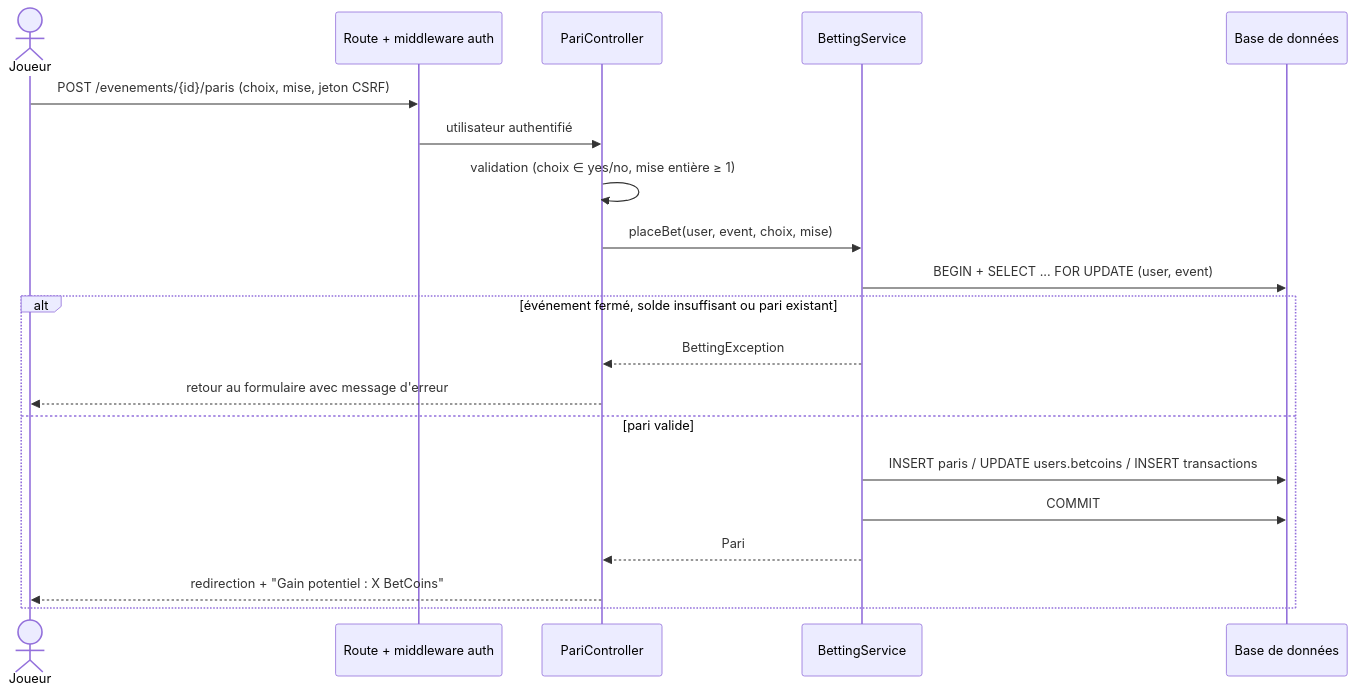
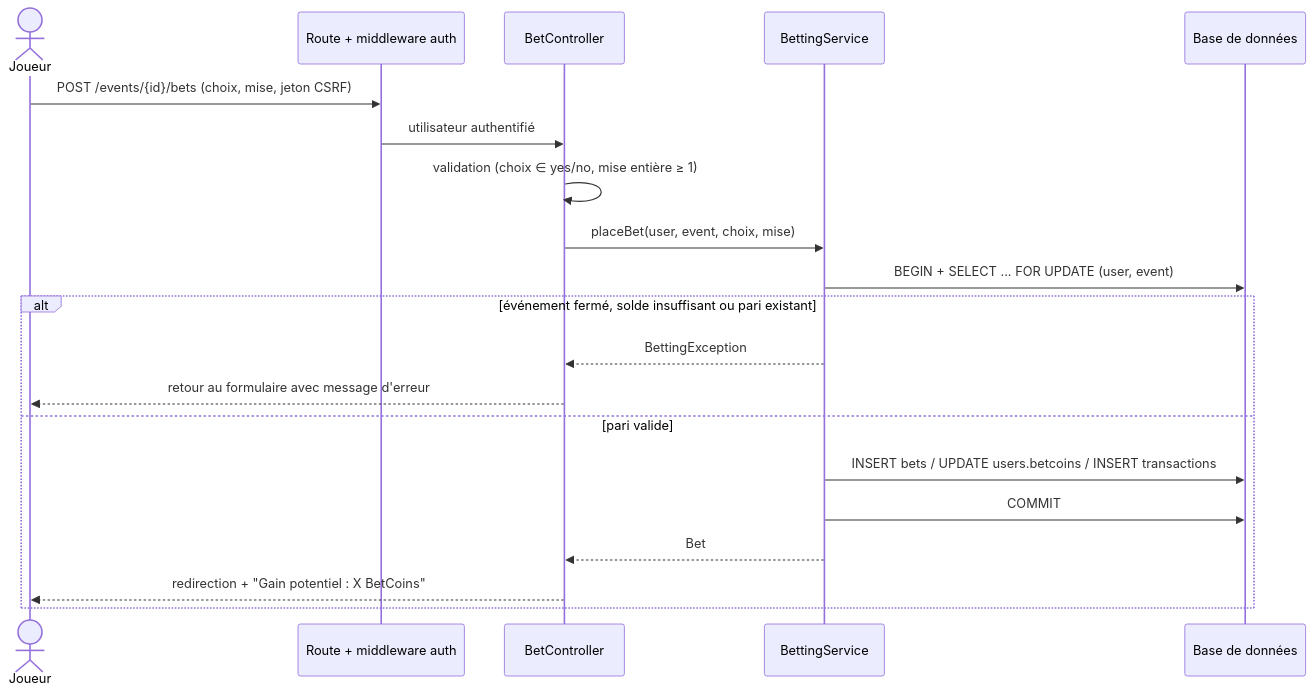
Before and after one commit to Nathadriel/Projet_fil_rouge: the fourth of 6 diagrams in docs/CONCEPTION.md, drawn with Mermaid. The commit also changed other lines of this file and 107 other files, not shown here.

````diff
--- a/docs/CONCEPTION.md
+++ b/docs/CONCEPTION.md
@@ -175,23 +192,23 @@
 ```mermaid
 sequenceDiagram
     actor J as Joueur
     participant R as Route + middleware auth
-    participant C as PariController
+    participant C as BetController
     participant S as BettingService
     participant DB as Base de données
 
-    J->>R: POST /evenements/{id}/paris (choix, mise, jeton CSRF)
+    J->>R: POST /events/{id}/bets (choix, mise, jeton CSRF)
     R->>C: utilisateur authentifié
     C->>C: validation (choix ∈ yes/no, mise entière ≥ 1)
     C->>S: placeBet(user, event, choix, mise)
     S->>DB: BEGIN + SELECT ... FOR UPDATE (user, event)
     alt événement fermé, solde insuffisant ou pari existant
         S-->>C: BettingException
         C-->>J: retour au formulaire avec message d'erreur
     else pari valide
-        S->>DB: INSERT paris / UPDATE users.betcoins / INSERT transactions
+        S->>DB: INSERT bets / UPDATE users.betcoins / INSERT transactions
         S->>DB: COMMIT
-        S-->>C: Pari
+        S-->>C: Bet
         C-->>J: redirection + "Gain potentiel : X BetCoins"
     end
 ```
````
